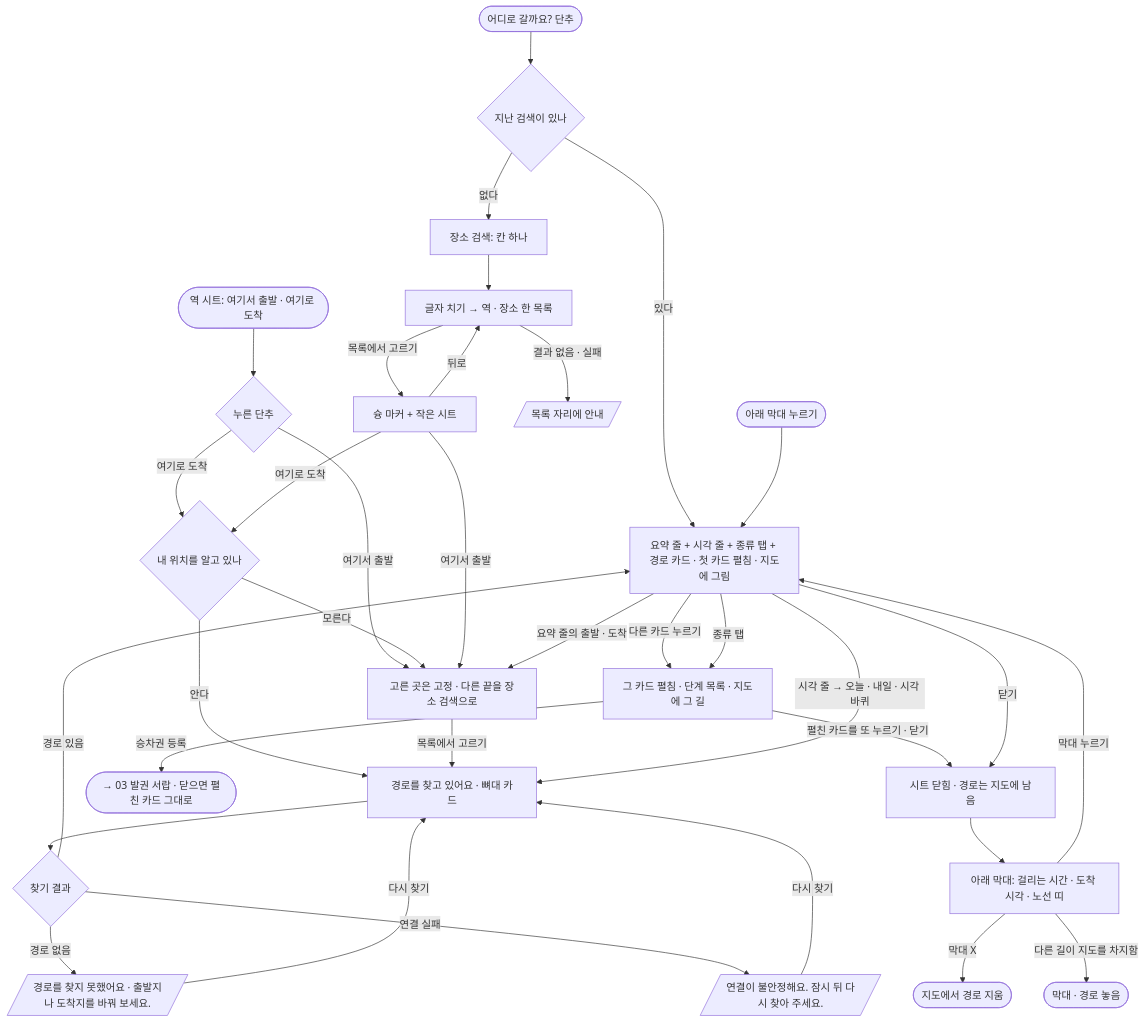
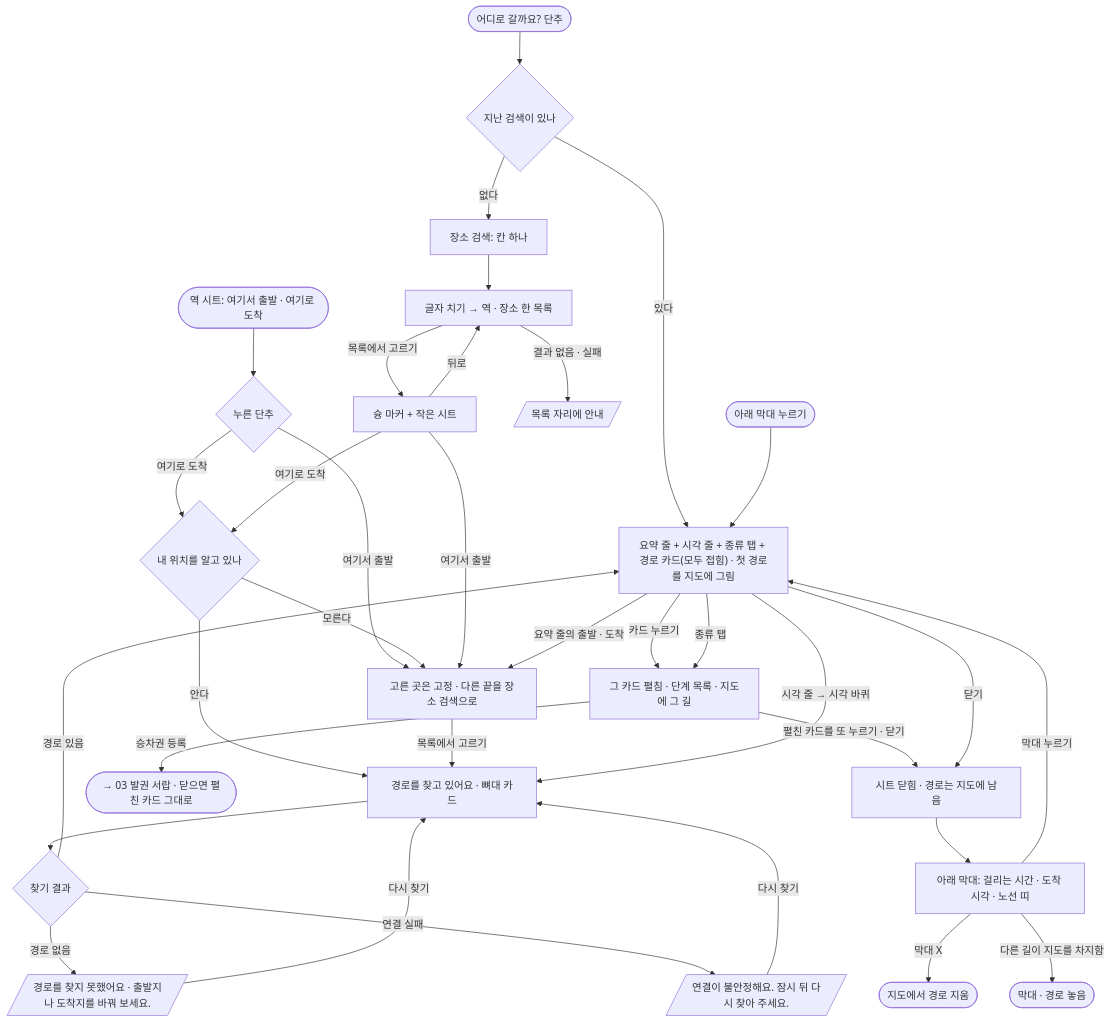
The diagram in docs/flows/02-journey.md (novum-lab-kr/syung), drawn with Mermaid before and after one commit. The commit also changed other lines of this file and 21 other files, not shown here.

````diff
--- a/docs/flows/02-journey.md
+++ b/docs/flows/02-journey.md
@@ -15,36 +15,36 @@
 ```mermaid
 flowchart TD
   Btn(["어디로 갈까요? 단추"]) --> Last{"지난 검색이 있나"}
   Last -- "있다" --> Result
   Last -- "없다" --> Form
   Bar(["아래 막대 누르기"]) --> Result
   St(["역 시트: 여기서 출발 · 여기로 도착"]) --> WithEnd{"누른 단추"}
   WithEnd -- "여기서 출발" --> FindOther["고른 곳은 고정 · 다른 끝을 장소 검색으로"]
   WithEnd -- "여기로 도착" --> HereKnown{"내 위치를 알고 있나"}
   HereKnown -- "안다" --> Go
   HereKnown -- "모른다" --> FindOther
   Form["장소 검색: 칸 하나"] --> Type["글자 치기 → 역 · 장소 한 목록"]
   Type -- "결과 없음 · 실패" --> NoPlace[/"목록 자리에 안내"/]
   Type -- "목록에서 고르기" --> Picked["슝 마커 + 작은 시트"]
   Picked -- "뒤로" --> Type
   Picked -- "여기로 도착" --> HereKnown
   Picked -- "여기서 출발" --> FindOther
   FindOther -- "목록에서 고르기" --> Go["경로를 찾고 있어요 · 뼈대 카드"]
   Go --> Ans{"찾기 결과"}
   Ans -- "경로 없음" --> NoRoute[/"경로를 찾지 못했어요 · 출발지나 도착지를 바꿔 보세요."/]
   Ans -- "연결 실패" --> NetErr[/"연결이 불안정해요. 잠시 뒤 다시 찾아 주세요."/]
   NoRoute -- "다시 찾기" --> Go
   NetErr -- "다시 찾기" --> Go
-  Ans -- "경로 있음" --> Result["요약 줄 + 시각 줄 + 종류 탭 + 경로 카드 · 첫 카드 펼침 · 지도에 그림"]
+  Ans -- "경로 있음" --> Result["요약 줄 + 시각 줄 + 종류 탭 + 경로 카드(모두 접힘) · 첫 경로를 지도에 그림"]
   Result -- "요약 줄의 출발 · 도착" --> FindOther
-  Result -- "시각 줄 → 오늘 · 내일 · 시각 바퀴" --> Go
-  Result -- "다른 카드 누르기" --> Steps["그 카드 펼침 · 단계 목록 · 지도에 그 길"]
+  Result -- "시각 줄 → 시각 바퀴" --> Go
+  Result -- "카드 누르기" --> Steps["그 카드 펼침 · 단계 목록 · 지도에 그 길"]
   Result -- "종류 탭" --> Steps
   Steps -- "승차권 등록" --> Ticket(["→ 03 발권 서랍 · 닫으면 펼친 카드 그대로"])
   Steps -- "펼친 카드를 또 누르기 · 닫기" --> Closed["시트 닫힘 · 경로는 지도에 남음"]
   Result -- "닫기" --> Closed
   Closed --> BarShown["아래 막대: 걸리는 시간 · 도착 시각 · 노선 띠"]
   BarShown -- "막대 누르기" --> Result
   BarShown -- "막대 X" --> End(["지도에서 경로 지움"])
   BarShown -- "다른 길이 지도를 차지함" --> Gone(["막대 · 경로 놓음"])
 ```
````
